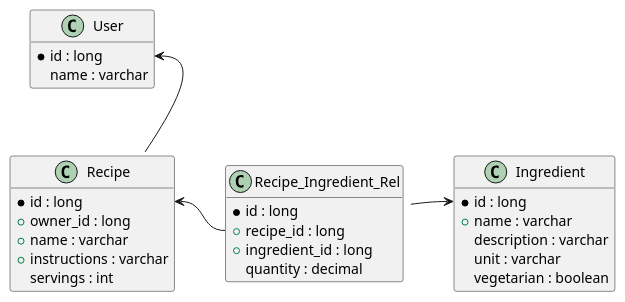
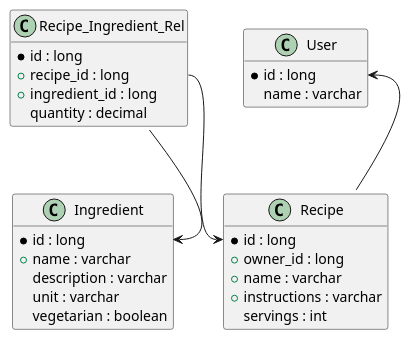
One commit to brunasti/recipes-application changed the diagram in documentation/solution/data-model.puml. Above: the diagram before and after it, drawn with PlantUML. The commit also changed 14 other files, not shown here.

```diff
--- a/documentation/solution/data-model.puml
+++ b/documentation/solution/data-model.puml
@@ -1,46 +1,46 @@
 @startuml
 'https://plantuml.com/class-diagram
 
 
 hide method
 
 class User
 {
     * id : long
     name : varchar
 }
 
 class Recipe
 {
     * id : long
     + owner_id : long
     + name : varchar
     + instructions : varchar
     servings : int
 }
 
 class Ingredient
 {
     * id : long
     + name : varchar
     description : varchar
     unit : varchar
     vegetarian : boolean
 }
 
 
 Recipe::owner_user_id -u-> User::id
 
 
 class Recipe_Ingredient_Rel {
     * id : long
     + recipe_id : long
     + ingredient_id : long
     quantity : decimal
 }
 
-Recipe::id <-r- Recipe_Ingredient_Rel::recipe_id
-Ingredient::id <-l- Recipe_Ingredient_Rel::product_id
+Recipe::id <-u- Recipe_Ingredient_Rel::recipe_id
+Ingredient::id <-u- Recipe_Ingredient_Rel::product_id
 
 
 @enduml
```
